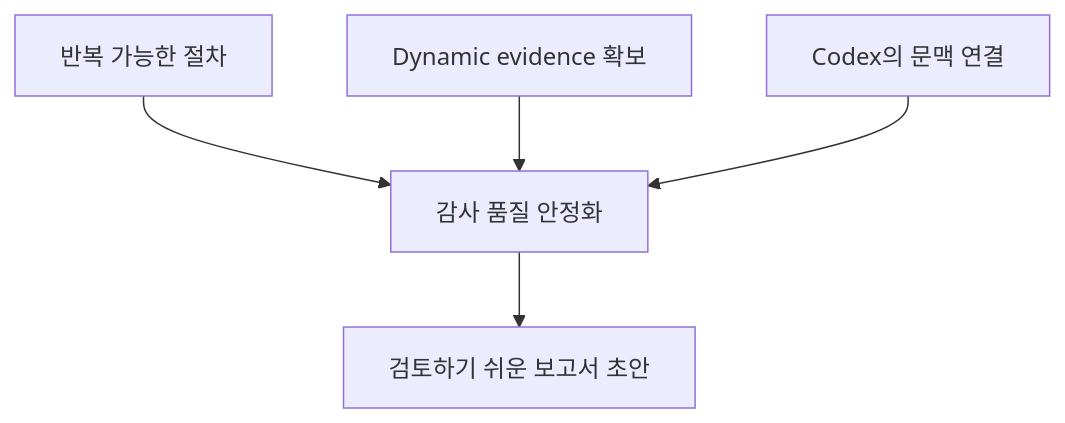
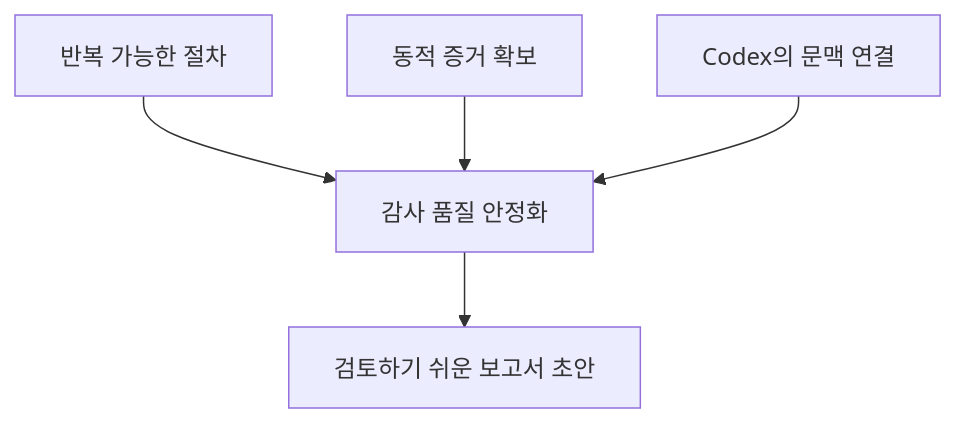
Diagram 17 of 19 in content/decks/codex-deeplink-audit-guide/source.md (koalav/present-anyything), drawn with Mermaid before and after one commit. The commit also changed other lines of this file and 26 other files, not shown here.

````diff
--- a/content/decks/codex-deeplink-audit-guide/source.md
+++ b/content/decks/codex-deeplink-audit-guide/source.md
@@ -358,7 +358,7 @@
 ```mermaid
 flowchart TB
     A[반복 가능한 절차] --> D[감사 품질 안정화]
-    B[Dynamic evidence 확보] --> D
+    B[동적 증거 확보] --> D
     C[Codex의 문맥 연결] --> D
     D --> E[검토하기 쉬운 보고서 초안]
 ```
````
